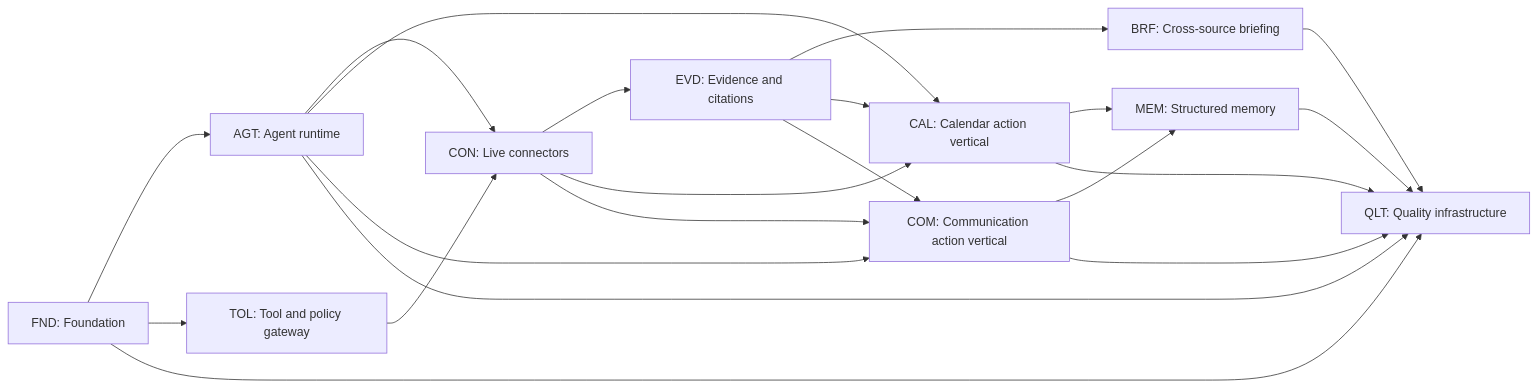
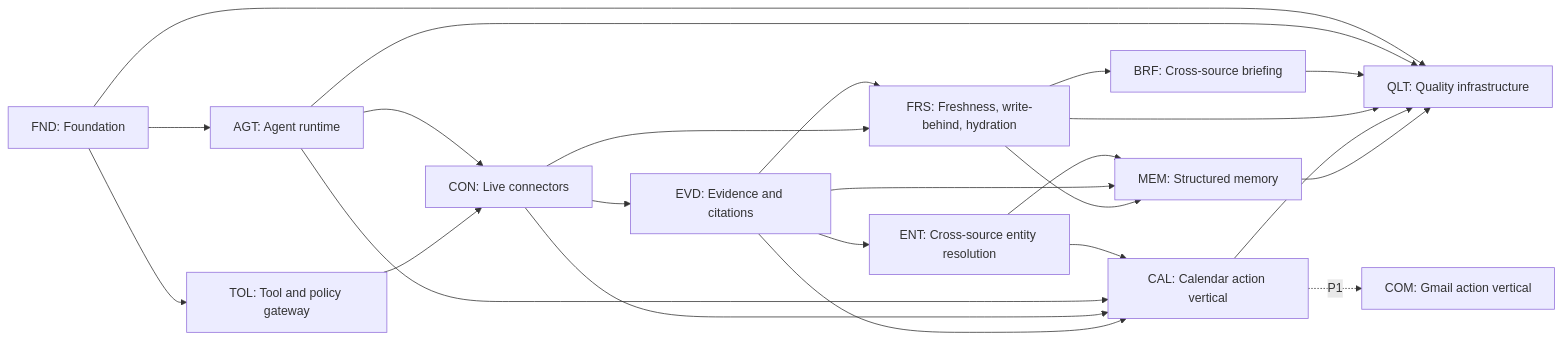
Before and after one commit to Srinivasa241103/MyRA: the second of 2 diagrams in docs/MYRA_V2_PROJECT_MASTER_PLAN.md, drawn with Mermaid. The commit also changed other lines of this file and 48 other files, not shown here.

````diff
--- a/docs/MYRA_V2_PROJECT_MASTER_PLAN.md
+++ b/docs/MYRA_V2_PROJECT_MASTER_PLAN.md
@@ -1706,23 +1889,26 @@
 ```mermaid
 flowchart LR
     FND["FND: Foundation"] --> AGT["AGT: Agent runtime"]
     FND --> TOL["TOL: Tool and policy gateway"]
     AGT --> CON["CON: Live connectors"]
     TOL --> CON
     CON --> EVD["EVD: Evidence and citations"]
-    EVD --> BRF["BRF: Cross-source briefing"]
-    AGT --> CAL["CAL: Calendar action vertical"]
+    EVD --> FRS["FRS: Freshness, write-behind, hydration"]
+    CON --> FRS
+    FRS --> BRF["BRF: Cross-source briefing"]
+    EVD --> ENT["ENT: Cross-source entity resolution"]
+    ENT --> MEM["MEM: Structured memory"]
+    EVD --> MEM
+    FRS --> MEM
+    ENT --> CAL["CAL: Calendar action vertical"]
+    AGT --> CAL
     CON --> CAL
     EVD --> CAL
-    AGT --> COM["COM: Communication action vertical"]
-    CON --> COM
-    EVD --> COM
-    CAL --> MEM["MEM: Structured memory"]
-    COM --> MEM
     FND --> QLT["QLT: Quality infrastructure"]
     AGT --> QLT
     BRF --> QLT
+    FRS --> QLT
     CAL --> QLT
-    COM --> QLT
     MEM --> QLT
+    CAL -.P1.-> COM["COM: Gmail action vertical"]
 ```
````
